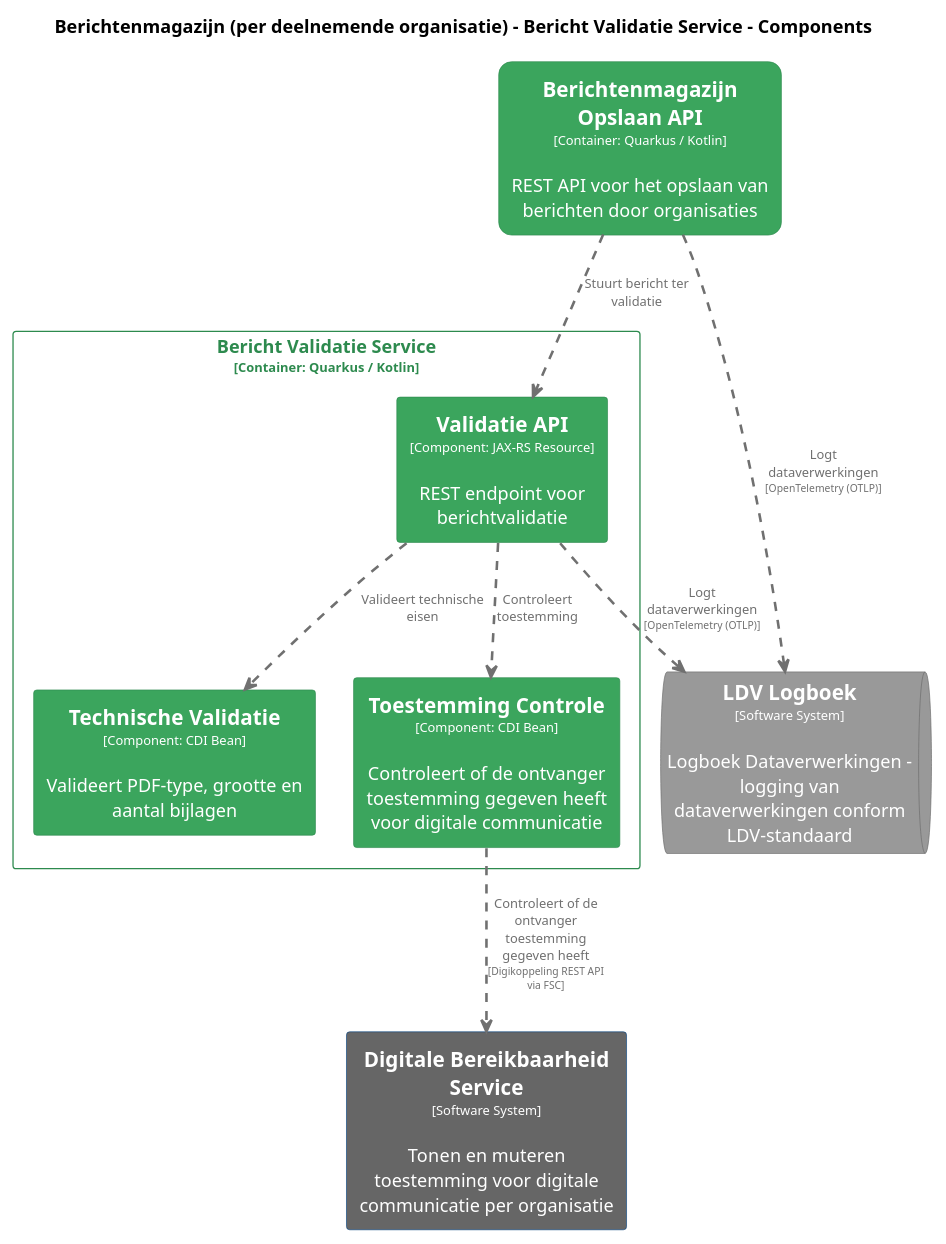
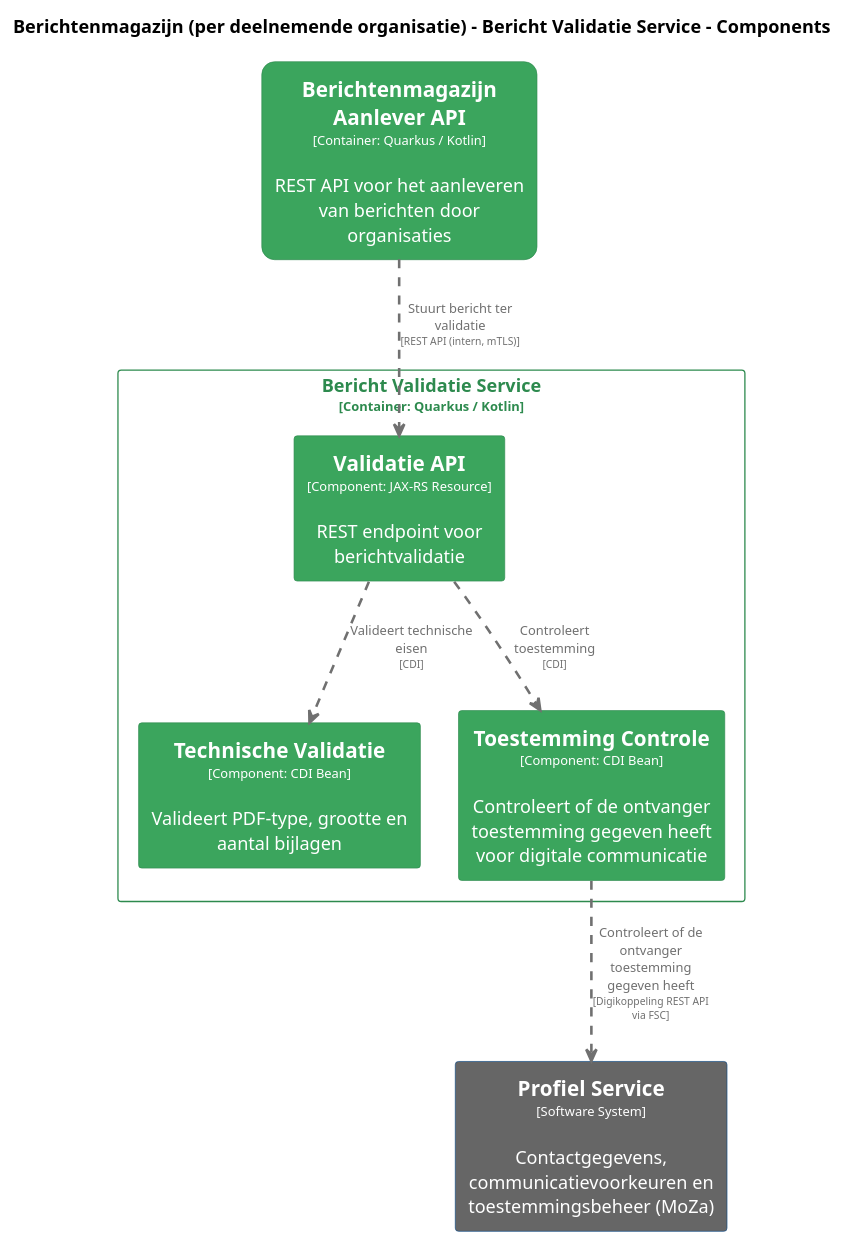
One commit to MinBZK/moza-poc-fbs-berichtenbox changed the diagram in master/puml/BerichtValidatieComponenten.puml. Above: the diagram before and after it, drawn with PlantUML. The commit also changed 91 other files, not shown here.

```diff
--- a/master/puml/BerichtValidatieComponenten.puml
+++ b/master/puml/BerichtValidatieComponenten.puml
@@ -1,77 +1,68 @@
 @startuml
 set separator none
 title Berichtenmagazijn (per deelnemende organisatie) - Bericht Validatie Service - Components
 
 top to bottom direction
 skinparam ranksep 60
 skinparam nodesep 30
 
 skinparam {
   arrowFontSize 10
   defaultTextAlignment center
   wrapWidth 200
   maxMessageSize 100
 }
 
 hide stereotype
 
-skinparam rectangle<<Berichtenmagazijnperdeelnemendeorganisatie.BerichtenmagazijnOpslaanAPI>> {
+skinparam rectangle<<Berichtenmagazijnperdeelnemendeorganisatie.BerichtenmagazijnAanleverAPI>> {
   BackgroundColor #3ba55d
   FontColor #ffffff
   BorderColor #2d8a4e
   roundCorner 20
   shadowing false
 }
-skinparam rectangle<<DigitaleBereikbaarheidService>> {
+skinparam rectangle<<ProfielService>> {
   BackgroundColor #666666
   FontColor #ffffff
   BorderColor #0b4884
-  shadowing false
-}
-skinparam queue<<LDVLogboek>> {
-  BackgroundColor #999999
-  FontColor #ffffff
-  BorderColor #6b6b6b
   shadowing false
 }
 skinparam rectangle<<Berichtenmagazijnperdeelnemendeorganisatie.BerichtValidatieService.TechnischeValidatie>> {
   BackgroundColor #3ba55d
   FontColor #ffffff
   BorderColor #2d8a4e
   shadowing false
 }
 skinparam rectangle<<Berichtenmagazijnperdeelnemendeorganisatie.BerichtValidatieService.ToestemmingControle>> {
   BackgroundColor #3ba55d
   FontColor #ffffff
   BorderColor #2d8a4e
   shadowing false
 }
 skinparam rectangle<<Berichtenmagazijnperdeelnemendeorganisatie.BerichtValidatieService.ValidatieAPI>> {
   BackgroundColor #3ba55d
   FontColor #ffffff
   BorderColor #2d8a4e
   shadowing false
 }
 skinparam rectangle<<Berichtenmagazijnperdeelnemendeorganisatie.BerichtValidatieService>> {
   BorderColor #2d8a4e
   FontColor #2d8a4e
   shadowing false
 }
 
-rectangle "==Digitale Bereikbaarheid Service\n<size:10>[Software System]</size>\n\nTonen en muteren toestemming voor digitale communicatie per organisatie" <<DigitaleBereikbaarheidService>> as DigitaleBereikbaarheidService
-rectangle "==Berichtenmagazijn Opslaan API\n<size:10>[Container: Quarkus / Kotlin]</size>\n\nREST API voor het opslaan van berichten door organisaties" <<Berichtenmagazijnperdeelnemendeorganisatie.BerichtenmagazijnOpslaanAPI>> as Berichtenmagazijnperdeelnemendeorganisatie.BerichtenmagazijnOpslaanAPI
-queue "==LDV Logboek\n<size:10>[Software System]</size>\n\nLogboek Dataverwerkingen - logging van dataverwerkingen conform LDV-standaard" <<LDVLogboek>> as LDVLogboek
+rectangle "==Profiel Service\n<size:10>[Software System]</size>\n\nContactgegevens, communicatievoorkeuren en toestemmingsbeheer (MoZa)" <<ProfielService>> as ProfielService
+rectangle "==Berichtenmagazijn Aanlever API\n<size:10>[Container: Quarkus / Kotlin]</size>\n\nREST API voor het aanleveren van berichten door organisaties" <<Berichtenmagazijnperdeelnemendeorganisatie.BerichtenmagazijnAanleverAPI>> as Berichtenmagazijnperdeelnemendeorganisatie.BerichtenmagazijnAanleverAPI
 
 rectangle "Bericht Validatie Service\n<size:10>[Container: Quarkus / Kotlin]</size>" <<Berichtenmagazijnperdeelnemendeorganisatie.BerichtValidatieService>> {
   rectangle "==Validatie API\n<size:10>[Component: JAX-RS Resource]</size>\n\nREST endpoint voor berichtvalidatie" <<Berichtenmagazijnperdeelnemendeorganisatie.BerichtValidatieService.ValidatieAPI>> as Berichtenmagazijnperdeelnemendeorganisatie.BerichtValidatieService.ValidatieAPI
   rectangle "==Technische Validatie\n<size:10>[Component: CDI Bean]</size>\n\nValideert PDF-type, grootte en aantal bijlagen" <<Berichtenmagazijnperdeelnemendeorganisatie.BerichtValidatieService.TechnischeValidatie>> as Berichtenmagazijnperdeelnemendeorganisatie.BerichtValidatieService.TechnischeValidatie
   rectangle "==Toestemming Controle\n<size:10>[Component: CDI Bean]</size>\n\nControleert of de ontvanger toestemming gegeven heeft voor digitale communicatie" <<Berichtenmagazijnperdeelnemendeorganisatie.BerichtValidatieService.ToestemmingControle>> as Berichtenmagazijnperdeelnemendeorganisatie.BerichtValidatieService.ToestemmingControle
 }
 
-Berichtenmagazijnperdeelnemendeorganisatie.BerichtValidatieService.ValidatieAPI .[#707070,thickness=2].> LDVLogboek : "<color:#707070>Logt dataverwerkingen\n<color:#707070><size:8>[OpenTelemetry (OTLP)]</size>"
-Berichtenmagazijnperdeelnemendeorganisatie.BerichtValidatieService.ValidatieAPI .[#707070,thickness=2].> Berichtenmagazijnperdeelnemendeorganisatie.BerichtValidatieService.TechnischeValidatie : "<color:#707070>Valideert technische eisen"
-Berichtenmagazijnperdeelnemendeorganisatie.BerichtValidatieService.ValidatieAPI .[#707070,thickness=2].> Berichtenmagazijnperdeelnemendeorganisatie.BerichtValidatieService.ToestemmingControle : "<color:#707070>Controleert toestemming"
-Berichtenmagazijnperdeelnemendeorganisatie.BerichtenmagazijnOpslaanAPI .[#707070,thickness=2].> Berichtenmagazijnperdeelnemendeorganisatie.BerichtValidatieService.ValidatieAPI : "<color:#707070>Stuurt bericht ter validatie"
-Berichtenmagazijnperdeelnemendeorganisatie.BerichtValidatieService.ToestemmingControle .[#707070,thickness=2].> DigitaleBereikbaarheidService : "<color:#707070>Controleert of de ontvanger toestemming gegeven heeft\n<color:#707070><size:8>[Digikoppeling REST API via FSC]</size>"
-Berichtenmagazijnperdeelnemendeorganisatie.BerichtenmagazijnOpslaanAPI .[#707070,thickness=2].> LDVLogboek : "<color:#707070>Logt dataverwerkingen\n<color:#707070><size:8>[OpenTelemetry (OTLP)]</size>"
+Berichtenmagazijnperdeelnemendeorganisatie.BerichtValidatieService.ToestemmingControle .[#707070,thickness=2].> ProfielService : "<color:#707070>Controleert of de ontvanger toestemming gegeven heeft\n<color:#707070><size:8>[Digikoppeling REST API via FSC]</size>"
+Berichtenmagazijnperdeelnemendeorganisatie.BerichtValidatieService.ValidatieAPI .[#707070,thickness=2].> Berichtenmagazijnperdeelnemendeorganisatie.BerichtValidatieService.TechnischeValidatie : "<color:#707070>Valideert technische eisen\n<color:#707070><size:8>[CDI]</size>"
+Berichtenmagazijnperdeelnemendeorganisatie.BerichtValidatieService.ValidatieAPI .[#707070,thickness=2].> Berichtenmagazijnperdeelnemendeorganisatie.BerichtValidatieService.ToestemmingControle : "<color:#707070>Controleert toestemming\n<color:#707070><size:8>[CDI]</size>"
+Berichtenmagazijnperdeelnemendeorganisatie.BerichtenmagazijnAanleverAPI .[#707070,thickness=2].> Berichtenmagazijnperdeelnemendeorganisatie.BerichtValidatieService.ValidatieAPI : "<color:#707070>Stuurt bericht ter validatie\n<color:#707070><size:8>[REST API (intern, mTLS)]</size>"
 @enduml
```
